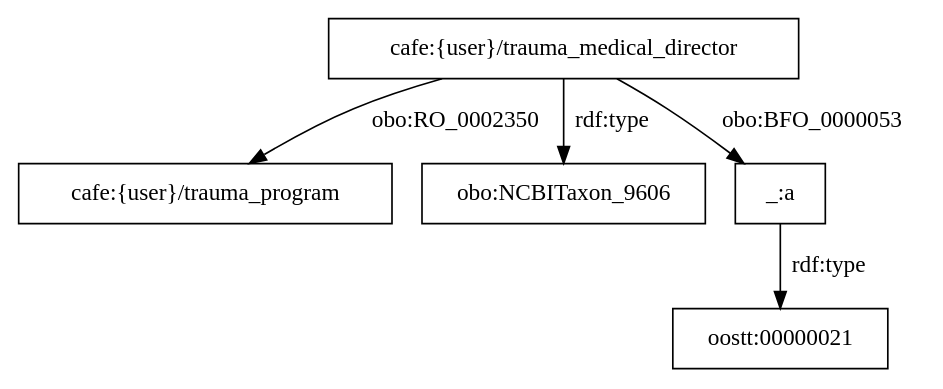
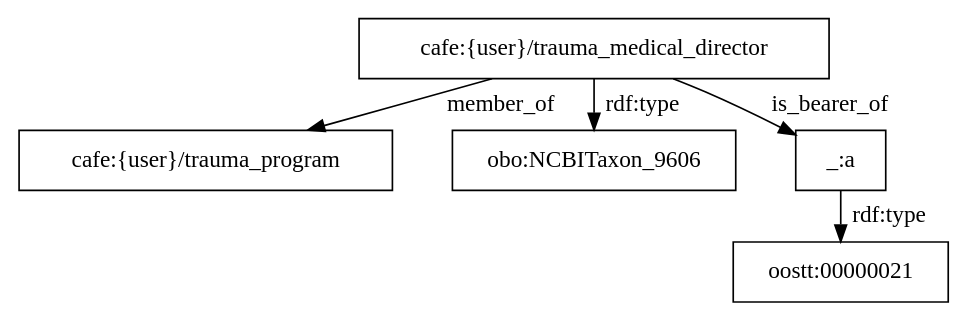
One commit to utecht/dideo-server changed the diagram in cafe/graphs/12.dot. Above: the diagram before and after it, drawn with Graphviz. The commit also changed 19 other files, not shown here.

Commit message:
changed graph format, added more statements

```diff
--- a/cafe/graphs/12.dot
+++ b/cafe/graphs/12.dot
@@ -1,6 +1,7 @@
 digraph g { node [shape=rectangle];
-"cafe:{user}/trauma_medical_director" -> "cafe:{user}/trauma_program" [label="obo:RO_0002350"]
+graph [splines=true, nodesep=.5, ranksep=0, overlap=false];
+"cafe:{user}/trauma_medical_director" -> "cafe:{user}/trauma_program" [label="member_of"]
 "cafe:{user}/trauma_medical_director" -> "obo:NCBITaxon_9606" [label="rdf:type"]
-"cafe:{user}/trauma_medical_director" -> "_:a" [label="obo:BFO_0000053"]
+"cafe:{user}/trauma_medical_director" -> "_:a" [label="is_bearer_of"]
 "_:a" -> "oostt:00000021" [label="rdf:type"]
 }
```
